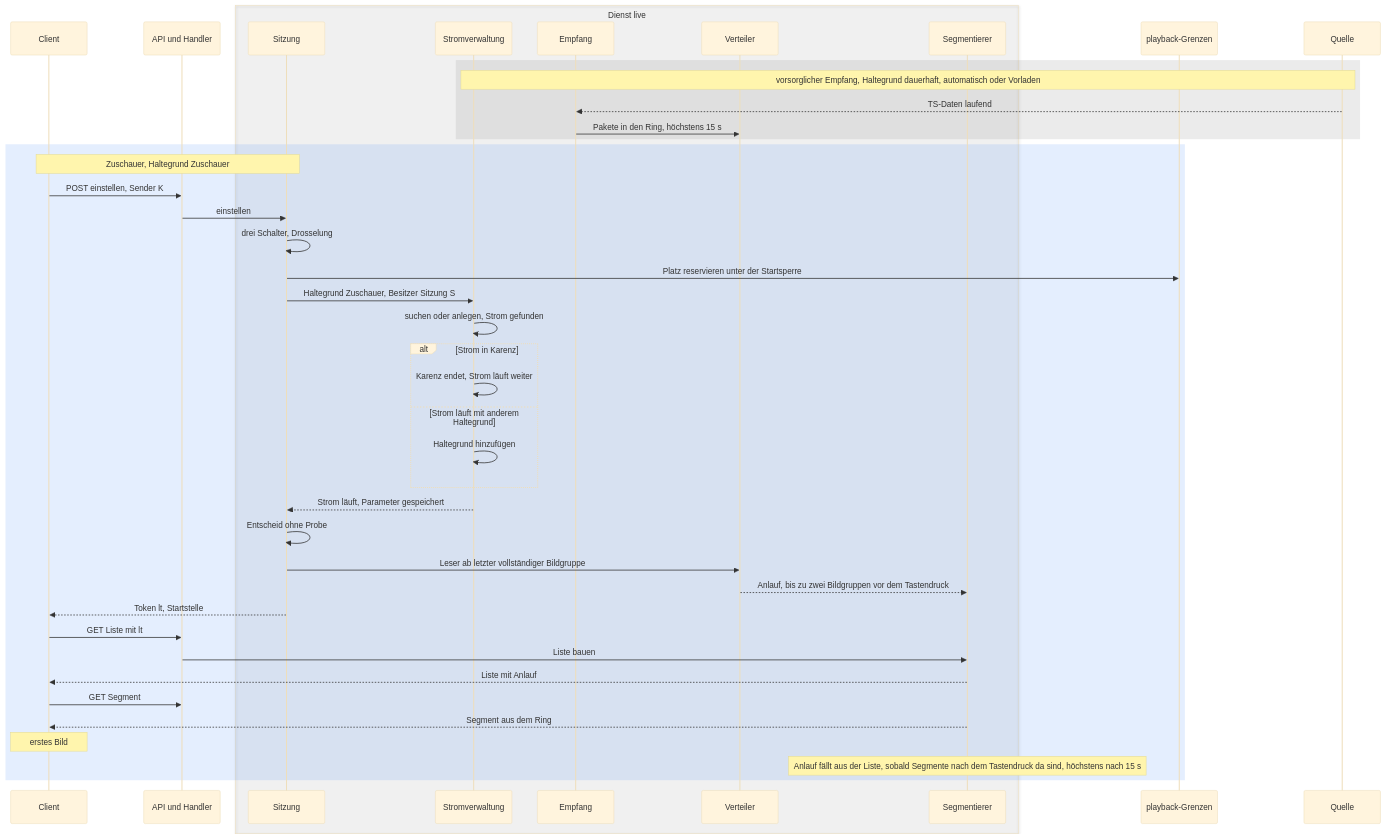
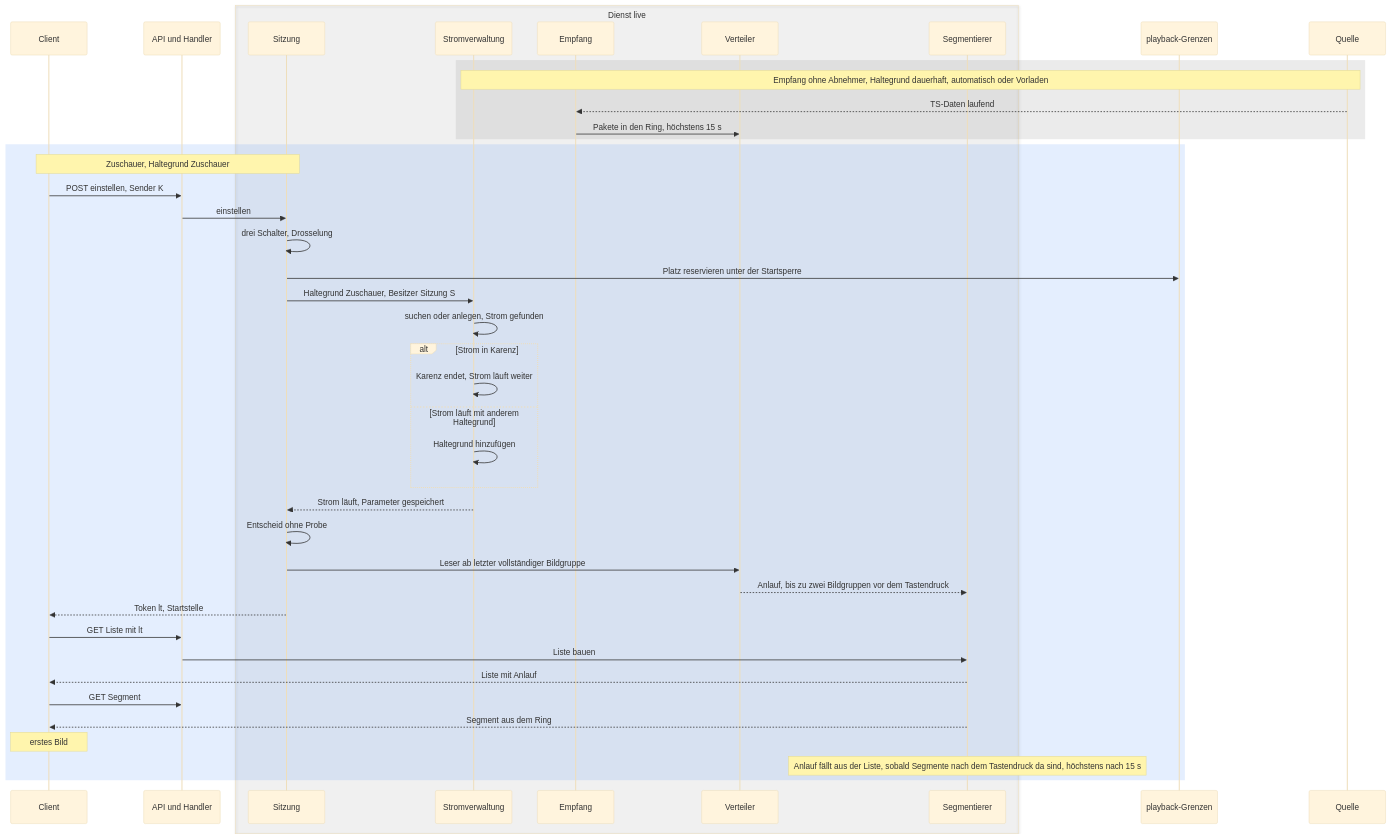
One commit to SlouchCat/slouchcat changed the third of 23 diagrams in docs/planning/28-live-tv/06-ablaeufe.md. Above: the diagram before and after it, drawn with Mermaid (base theme). The commit also changed other lines of this file, not shown here.

Commit message:
docs(planning): concept 28 live TV, flows version 3 for architecture version 4

````diff
--- a/docs/planning/28-live-tv/06-ablaeufe.md
+++ b/docs/planning/28-live-tv/06-ablaeufe.md
@@ -303,46 +352,46 @@
 ```mermaid
 sequenceDiagram
   participant CL as Client
   participant API as API und Handler
   box rgba(128,128,128,0.08) Dienst live
     participant SES as Sitzung
     participant STR as Stromverwaltung
     participant EMP as Empfang
     participant VT as Verteiler
     participant SEG as Segmentierer
   end
   participant PB as playback-Grenzen
   participant Q as Quelle
 
   rect rgba(128,128,128,0.16)
-    Note over STR,Q: vorsorglicher Empfang, Haltegrund dauerhaft, automatisch oder Vorladen
+    Note over STR,Q: Empfang ohne Abnehmer, Haltegrund dauerhaft, automatisch oder Vorladen
     Q-->>EMP: TS-Daten laufend
     EMP->>VT: Pakete in den Ring, höchstens 15 s
   end
   rect rgba(66,135,245,0.14)
     Note over CL,SES: Zuschauer, Haltegrund Zuschauer
     CL->>API: POST einstellen, Sender K
     API->>SES: einstellen
     SES->>SES: drei Schalter, Drosselung
     SES->>PB: Platz reservieren unter der Startsperre
     SES->>STR: Haltegrund Zuschauer, Besitzer Sitzung S
     STR->>STR: suchen oder anlegen, Strom gefunden
     alt Strom in Karenz
       STR->>STR: Karenz endet, Strom läuft weiter
     else Strom läuft mit anderem Haltegrund
       STR->>STR: Haltegrund hinzufügen
     end
     STR-->>SES: Strom läuft, Parameter gespeichert
     SES->>SES: Entscheid ohne Probe
     SES->>VT: Leser ab letzter vollständiger Bildgruppe
     VT-->>SEG: Anlauf, bis zu zwei Bildgruppen vor dem Tastendruck
     SES-->>CL: Token lt, Startstelle
     CL->>API: GET Liste mit lt
     API->>SEG: Liste bauen
     SEG-->>CL: Liste mit Anlauf
     CL->>API: GET Segment
     SEG-->>CL: Segment aus dem Ring
     Note over CL: erstes Bild
     Note over SEG: Anlauf fällt aus der Liste, sobald Segmente nach dem Tastendruck da sind, höchstens nach 15 s
   end
 ```
````
